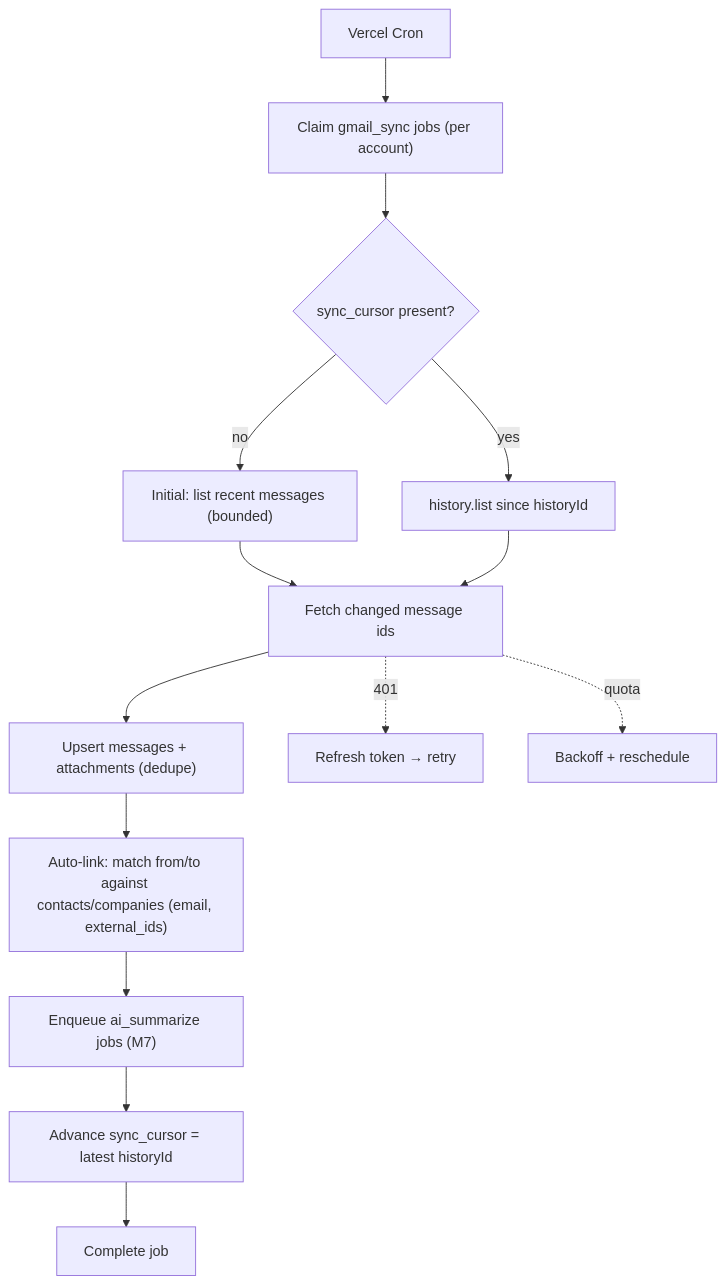
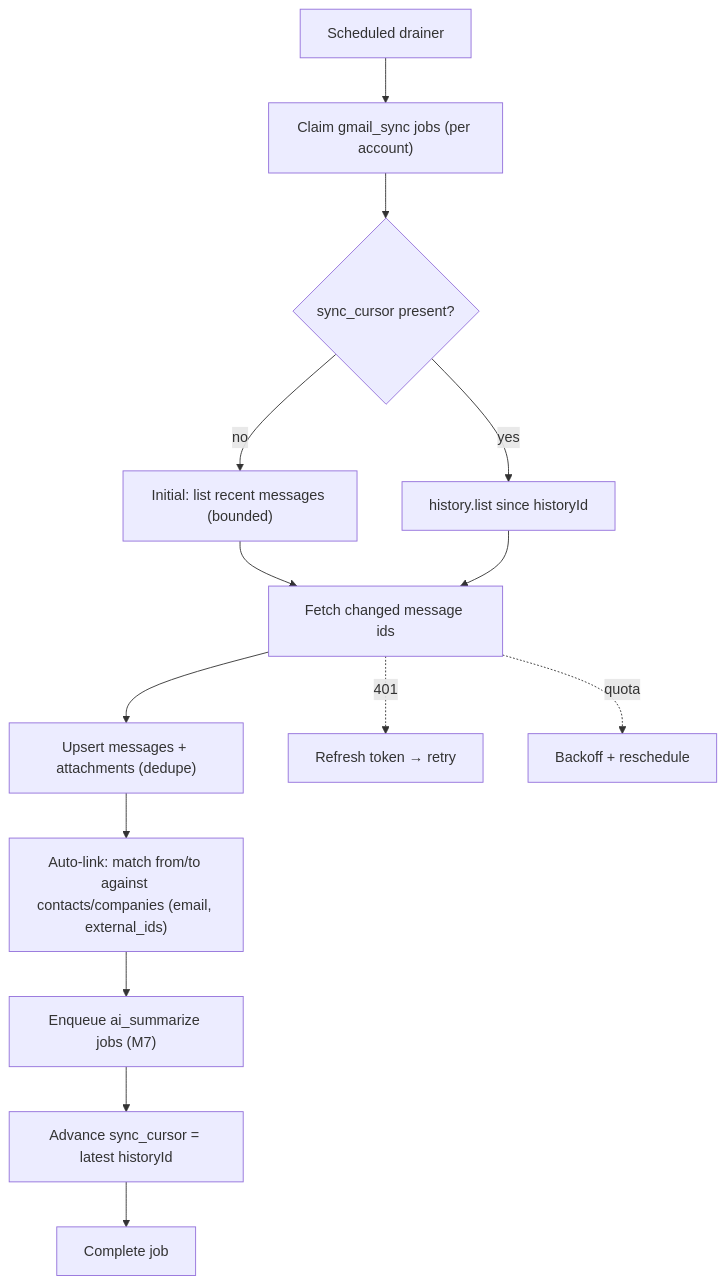
The third of 7 diagrams in docs/architecture/PHASE_3_ARCHITECTURE.md (ChaturvediShivam/shivam-portfolio), drawn with Mermaid before and after one commit. The commit also changed other lines of this file and 11 other files, not shown here.

First line of the commit message:
fix(deploy): remove the unsupported Vercel Cron entry

````diff
--- a/docs/architecture/PHASE_3_ARCHITECTURE.md
+++ b/docs/architecture/PHASE_3_ARCHITECTURE.md
@@ -319,16 +319,16 @@
 ```mermaid
 flowchart TD
-    Cron[Vercel Cron] --> Claim["Claim gmail_sync jobs (per account)"]
+    Cron[Scheduled drainer] --> Claim["Claim gmail_sync jobs (per account)"]
     Claim --> Cursor{sync_cursor present?}
     Cursor -- no --> Full["Initial: list recent messages (bounded)"]
     Cursor -- yes --> Hist["history.list since historyId"]
     Full --> Fetch
     Hist --> Fetch["Fetch changed message ids"]
     Fetch --> Upsert["Upsert messages + attachments (dedupe)"]
     Upsert --> Link["Auto-link: match from/to against contacts/companies (email, external_ids)"]
     Link --> Summ["Enqueue ai_summarize jobs (M7)"]
     Summ --> Save["Advance sync_cursor = latest historyId"]
     Save --> Done[Complete job]
     Fetch -. 401 .-> Refresh[Refresh token → retry]
     Fetch -. quota .-> Backoff[Backoff + reschedule]
 ```
````
